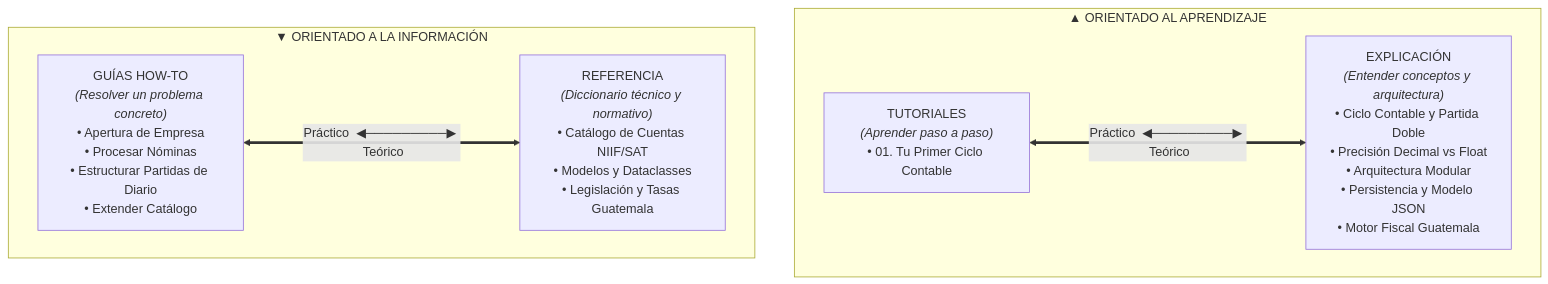
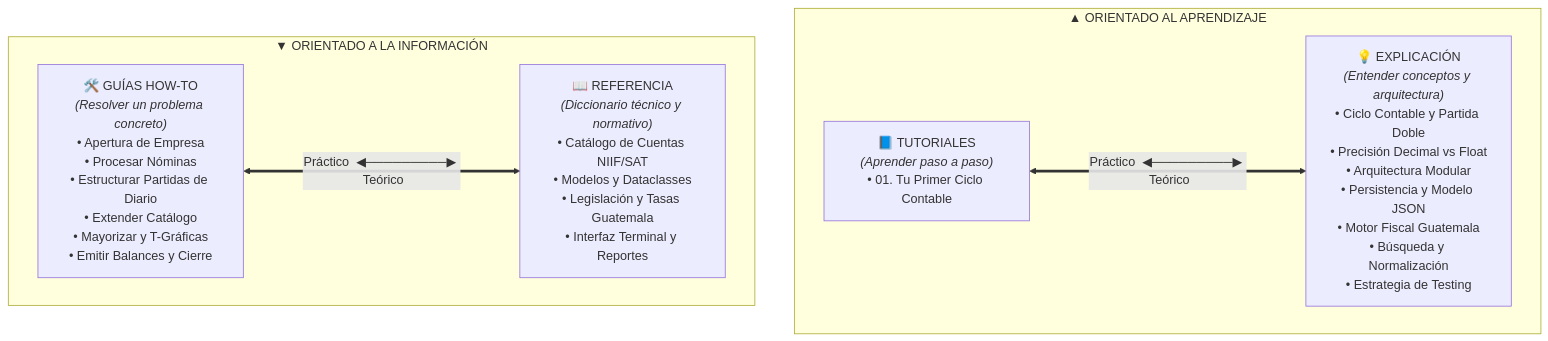
One commit to EmGamex/Accounting-Cycle-on-Python changed the first of 2 diagrams in docs/README.md. Above: the diagram before and after it, drawn with Mermaid. The commit also changed other lines of this file and 6 other files, not shown here.

````diff
--- a/docs/README.md
+++ b/docs/README.md
@@ -9,17 +9,17 @@
 ```mermaid
 flowchart TD
     subgraph OrientacionAprendizaje ["▲ ORIENTADO AL APRENDIZAJE"]
         direction LR
-        T["TUTORIALES<br/><i>(Aprender paso a paso)</i><br/>• 01. Tu Primer Ciclo Contable"]
-        E["EXPLICACIÓN<br/><i>(Entender conceptos y arquitectura)</i><br/>• Ciclo Contable y Partida Doble<br/>• Precisión Decimal vs Float<br/>• Arquitectura Modular<br/>• Persistencia y Modelo JSON<br/>• Motor Fiscal Guatemala"]
+        T["📘 TUTORIALES<br/><i>(Aprender paso a paso)</i><br/>• 01. Tu Primer Ciclo Contable"]
+        E["💡 EXPLICACIÓN<br/><i>(Entender conceptos y arquitectura)</i><br/>• Ciclo Contable y Partida Doble<br/>• Precisión Decimal vs Float<br/>• Arquitectura Modular<br/>• Persistencia y Modelo JSON<br/>• Motor Fiscal Guatemala<br/>• Búsqueda y Normalización<br/>• Estrategia de Testing"]
     end
 
     subgraph OrientacionInformacion ["▼ ORIENTADO A LA INFORMACIÓN"]
         direction LR
-        H["GUÍAS HOW-TO<br/><i>(Resolver un problema concreto)</i><br/>• Apertura de Empresa<br/>• Procesar Nóminas<br/>• Estructurar Partidas de Diario<br/>• Extender Catálogo"]
-        R["REFERENCIA<br/><i>(Diccionario técnico y normativo)</i><br/>• Catálogo de Cuentas NIIF/SAT<br/>• Modelos y Dataclasses<br/>• Legislación y Tasas Guatemala"]
+        H["🛠️ GUÍAS HOW-TO<br/><i>(Resolver un problema concreto)</i><br/>• Apertura de Empresa<br/>• Procesar Nóminas<br/>• Estructurar Partidas de Diario<br/>• Extender Catálogo<br/>• Mayorizar y T-Gráficas<br/>• Emitir Balances y Cierre"]
+        R["📖 REFERENCIA<br/><i>(Diccionario técnico y normativo)</i><br/>• Catálogo de Cuentas NIIF/SAT<br/>• Modelos y Dataclasses<br/>• Legislación y Tasas Guatemala<br/>• Interfaz Terminal y Reportes"]
     end
 
     T <===>|Práctico  ◀─────────▶  Teórico| E
     H <===>|Práctico  ◀─────────▶  Teórico| R
 ```
````
